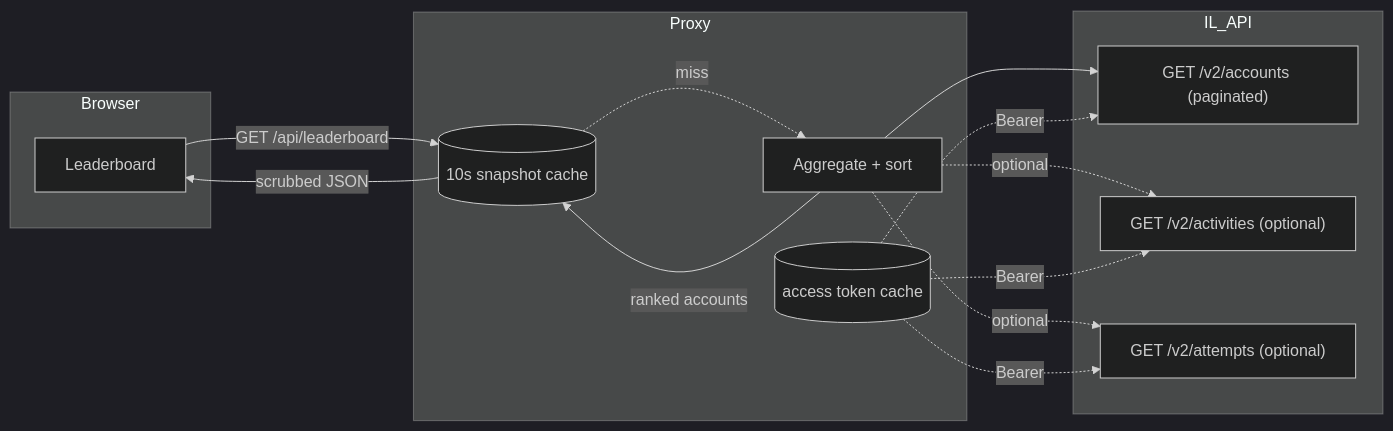
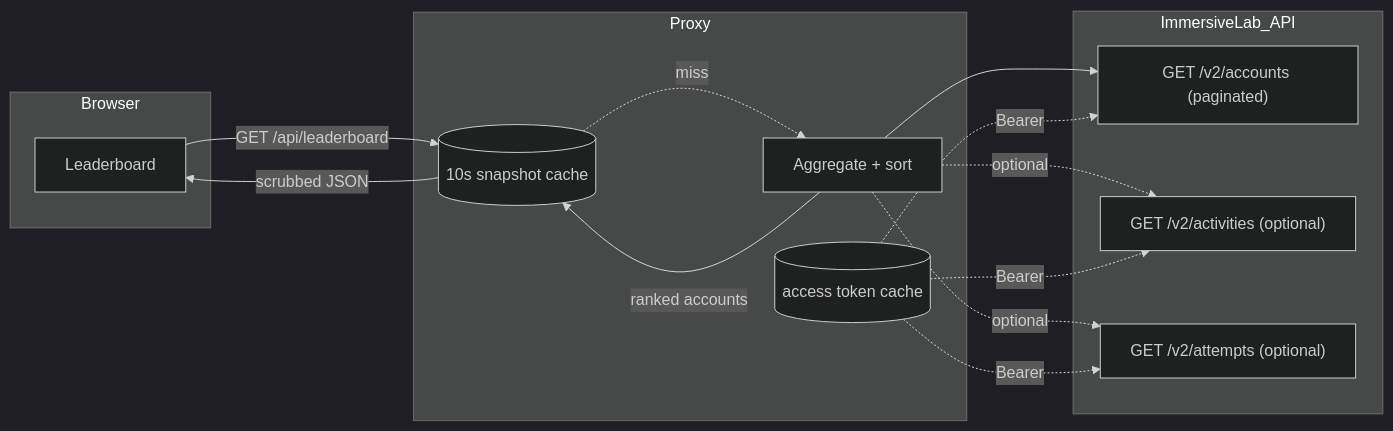
Before and after one commit to Arylmera/TheGreenGauntlet: the second of 3 diagrams in docs/data-flow.md, drawn with Mermaid (dark theme). The commit also changed other lines of this file and 9 other files, not shown here.

````diff
--- a/docs/data-flow.md
+++ b/docs/data-flow.md
@@ -50,27 +50,27 @@
 ```mermaid
 flowchart LR
     subgraph Browser
       UI[Leaderboard]
     end
     subgraph Proxy
       CACHE[("10s snapshot cache")]
       TOK[("access token cache")]
       AGG[Aggregate + sort]
     end
-    subgraph IL_API
+    subgraph ImmersiveLab_API
       A["GET /v2/accounts (paginated)"]
       ACT["GET /v2/activities (optional)"]
       AT["GET /v2/attempts (optional)"]
     end
 
     UI -->|"GET /api/leaderboard"| CACHE
     CACHE -.miss.-> AGG
     AGG --> A
     AGG -.optional.-> ACT
     AGG -.optional.-> AT
     TOK -.->|"Bearer"| A
     TOK -.->|"Bearer"| ACT
     TOK -.->|"Bearer"| AT
     AGG -->|"ranked accounts"| CACHE
     CACHE -->|"scrubbed JSON"| UI
 ```
````
